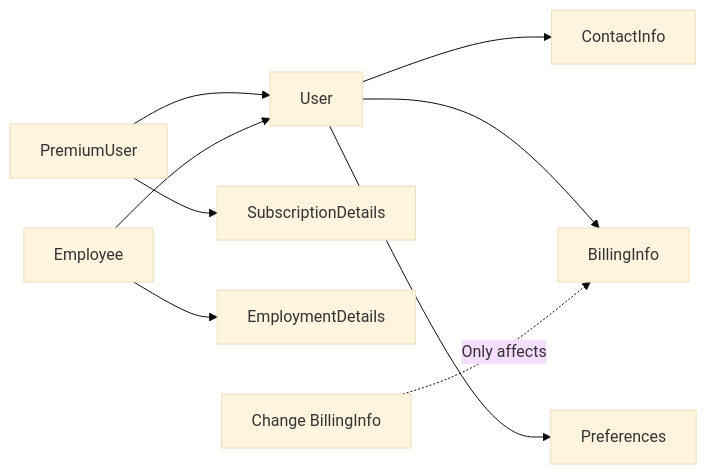
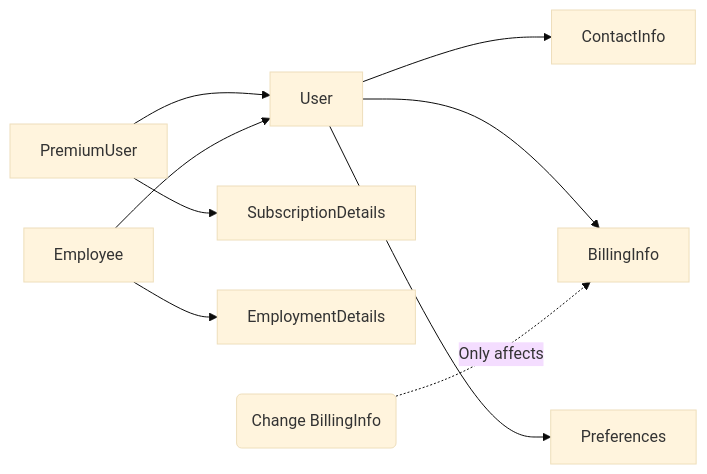
The third of 3 diagrams in content/docs/fundamentals/modeling/2-structs.mdx (Almaju/blog), drawn with Mermaid (base theme) before and after one commit. The commit also changed other lines of this file and 12 other files, not shown here.

First line of the commit message:
feat: add Python examples, trim code blocks, improve diagrams and AI prompt

````diff
--- a/content/docs/fundamentals/modeling/2-structs.mdx
+++ b/content/docs/fundamentals/modeling/2-structs.mdx
@@ -216,16 +233,16 @@
 ```mermaid
 graph LR
     A[User] --> B[ContactInfo]
     A --> C[BillingInfo]
     A --> D[Preferences]
 
     E[PremiumUser] --> A
     E --> F[SubscriptionDetails]
 
     G[Employee] --> A
     G --> H[EmploymentDetails]
 
-    I[Change BillingInfo] -.->|Only affects| C
+    I(Change BillingInfo) -.->|Only affects| C
 
-    style I green
+    class I green
 ```
````
